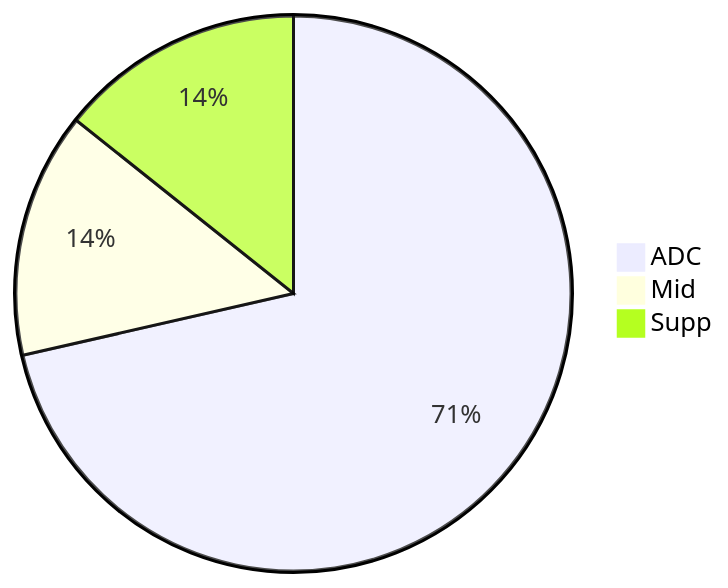
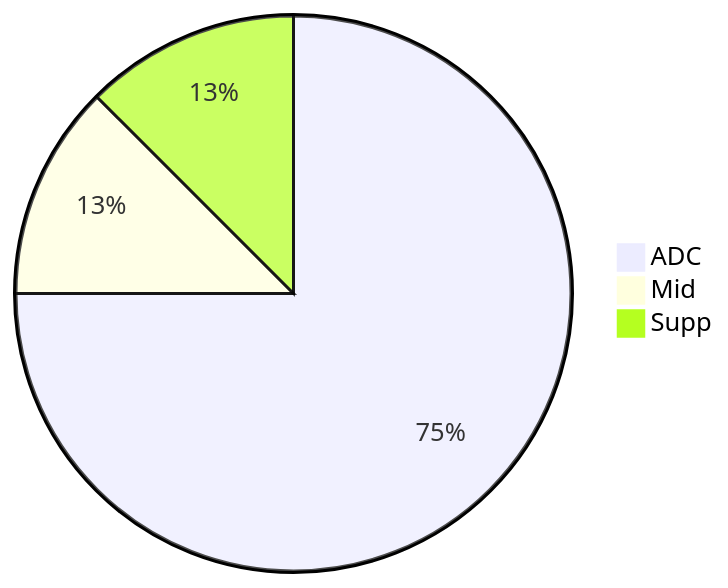
Before and after one commit to flowinho/zensical-website: the first of 4 diagrams in docs/gaming/wild-rift.md, drawn with Mermaid. The commit also changed other lines of this file, not shown here.

````diff
--- a/docs/gaming/wild-rift.md
+++ b/docs/gaming/wild-rift.md
@@ -15,6 +15,6 @@
 ```mermaid
 pie 
-    "ADC" : 5
+    "ADC" : 6
     "Mid" : 1
     "Supp" : 1
 ```
````
